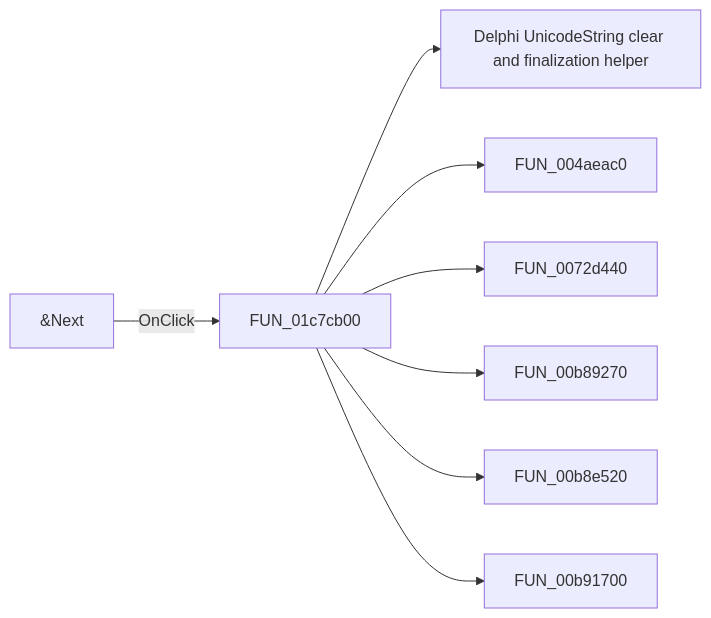
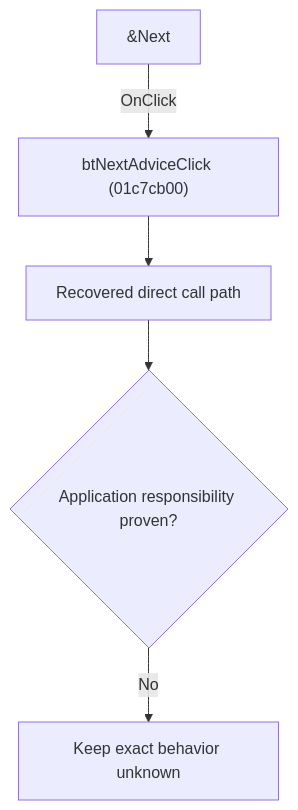
The diagram in docs/ui-controls/schematiceditor/btnextadvice-741c7acfca.md (MovGP0/TIARA), drawn with Mermaid before and after one commit. The commit also changed other lines of this file and 1062 other files, not shown here.

````diff
--- a/docs/ui-controls/schematiceditor/btnextadvice-741c7acfca.md
+++ b/docs/ui-controls/schematiceditor/btnextadvice-741c7acfca.md
@@ -27,10 +27,7 @@
 ```mermaid
-flowchart LR
-    control["&Next"] -->|OnClick| handler["FUN_01c7cb00"]
-    handler --> call1["Delphi UnicodeString clear and finalization helper"]
-    handler --> call2["FUN_004aeac0"]
-    handler --> call3["FUN_0072d440"]
-    handler --> call4["FUN_00b89270"]
-    handler --> call5["FUN_00b8e520"]
-    handler --> call6["FUN_00b91700"]
+flowchart TD
+    control["&Next"] -->|"OnClick"| handler["btNextAdviceClick (01c7cb00)"]
+    handler --> recovered["Recovered direct call path"]
+    recovered --> gap{"Application responsibility proven?"}
+    gap -->|"No"| blocked["Keep exact behavior unknown"]
 ```
````
